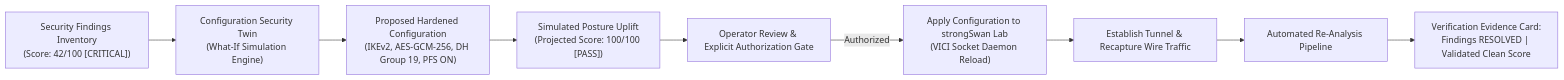
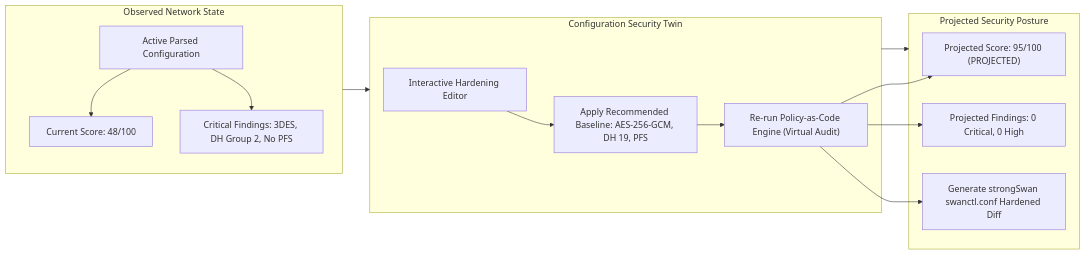
The ninth of 14 diagrams in docs/TUNNELTRACE_AI_MASTER_DOCUMENT.md (sharancode3/TunnelTrace-AI), drawn with Mermaid before and after one commit. The commit also changed other lines of this file, not shown here.

Commit message:
docs: update mentor master document with 60-part structure, markdown tables, and validated mermaid diagrams

````diff
--- a/docs/TUNNELTRACE_AI_MASTER_DOCUMENT.md
+++ b/docs/TUNNELTRACE_AI_MASTER_DOCUMENT.md
@@ -652,12 +766,21 @@
 ```mermaid
 graph LR
-    FINDING["Security Findings Inventory<br/>(Score: 42/100 [CRITICAL])"] --> TWIN["Configuration Security Twin<br/>(What-If Simulation Engine)"]
-    TWIN --> PROPOSAL["Proposed Hardened Configuration<br/>(IKEv2, AES-GCM-256, DH Group 19, PFS ON)"]
-    PROPOSAL --> SIM_RES["Simulated Posture Uplift<br/>(Projected Score: 100/100 [PASS])"]
-    
-    SIM_RES --> AUTH_GATE["Operator Review & Explicit Authorization Gate"]
-    AUTH_GATE -->|Authorized| APPLY["Apply Configuration to strongSwan Lab<br/>(VICI Socket Daemon Reload)"]
-    APPLY --> RECAPTURE["Establish Tunnel & Recapture Wire Traffic"]
-    RECAPTURE --> REANALYZE["Automated Re-Analysis Pipeline"]
-    REANALYZE --> VERIF_CARD["Verification Evidence Card:<br/>Findings RESOLVED | Validated Clean Score"]
+    subgraph INPUT_STATE["Observed Network State"]
+        A["Active Parsed Configuration"] --> B["Current Score: 48/100"]
+        A --> C["Critical Findings: 3DES, DH Group 2, No PFS"]
+    end
+
+    subgraph TWIN_SIMULATION["Configuration Security Twin"]
+        D["Interactive Hardening Editor"] --> E["Apply Recommended Baseline: AES-256-GCM, DH 19, PFS"]
+        E --> F["Re-run Policy-as-Code Engine (Virtual Audit)"]
+    end
+
+    subgraph PROJECTED_STATE["Projected Security Posture"]
+        F --> G["Projected Score: 95/100 (PROJECTED)"]
+        F --> H["Projected Findings: 0 Critical, 0 High"]
+        F --> I["Generate strongSwan swanctl.conf Hardened Diff"]
+    end
+
+    INPUT_STATE --> TWIN_SIMULATION
+    TWIN_SIMULATION --> PROJECTED_STATE
 ```
````
